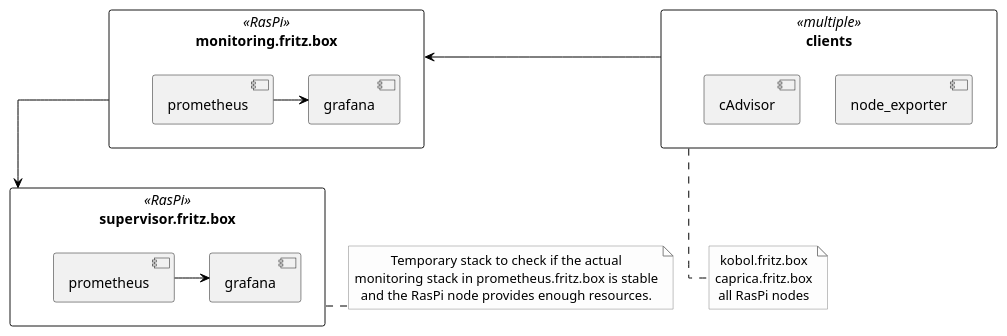
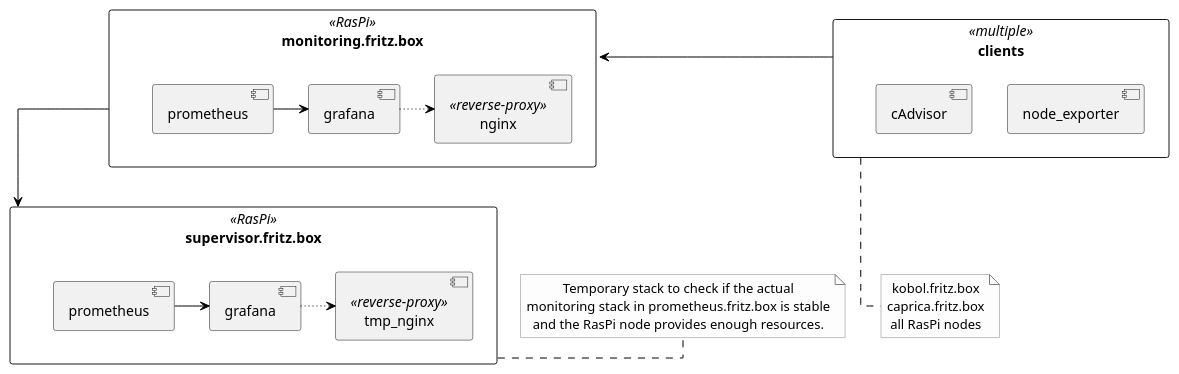
The diagram in docs/modules/ROOT/assets/images/bash-docs/services-cli-monitoring.puml (sommerfeld-io-archive/configs), drawn with PlantUML before and after one commit. The commit also changed 12 other files, not shown here.

Commit message:
added reverse proxy to monitoring stack

```diff
--- a/docs/modules/ROOT/assets/images/bash-docs/services-cli-monitoring.puml
+++ b/docs/modules/ROOT/assets/images/bash-docs/services-cli-monitoring.puml
@@ -1,37 +1,41 @@
 @startuml monitoring
 
 skinparam linetype ortho
 skinparam monochrome false
 skinparam componentStyle uml2
 skinparam backgroundColor #fff
 skinparam ArrowColor black
 skinparam NoteBorderColor Grey
 skinparam NoteBackgroundColor #fdfdfd
 skinparam defaultTextAlignment center
 skinparam activity {
 FontName Ubuntu
 }
 
 rectangle monitoring as "monitoring.fritz.box" <<RasPi>> {
   component grafana
   component prometheus
+  component nginx <<reverse-proxy>>
   prometheus -> grafana
+  grafana ~right~> nginx
 }
 
 rectangle supervisor as "supervisor.fritz.box" <<RasPi>> {
   component tmp_grafana as "grafana"
   component tmp_prometheus as "prometheus"
+  component tmp_nginx <<reverse-proxy>>
   tmp_prometheus -> tmp_grafana
+  tmp_grafana ~right~> tmp_nginx
 }
 note right of supervisor: Temporary stack to check if the actual\nmonitoring stack in prometheus.fritz.box is stable\nand the RasPi node provides enough resources.
 
 rectangle clients <<multiple>> {
   component node_exporter
   component cAdvisor
 }
 note bottom of clients: kobol.fritz.box\ncaprica.fritz.box\nall RasPi nodes
 
 clients -left-> monitoring
 monitoring -down-> supervisor
 
 @enduml
```
